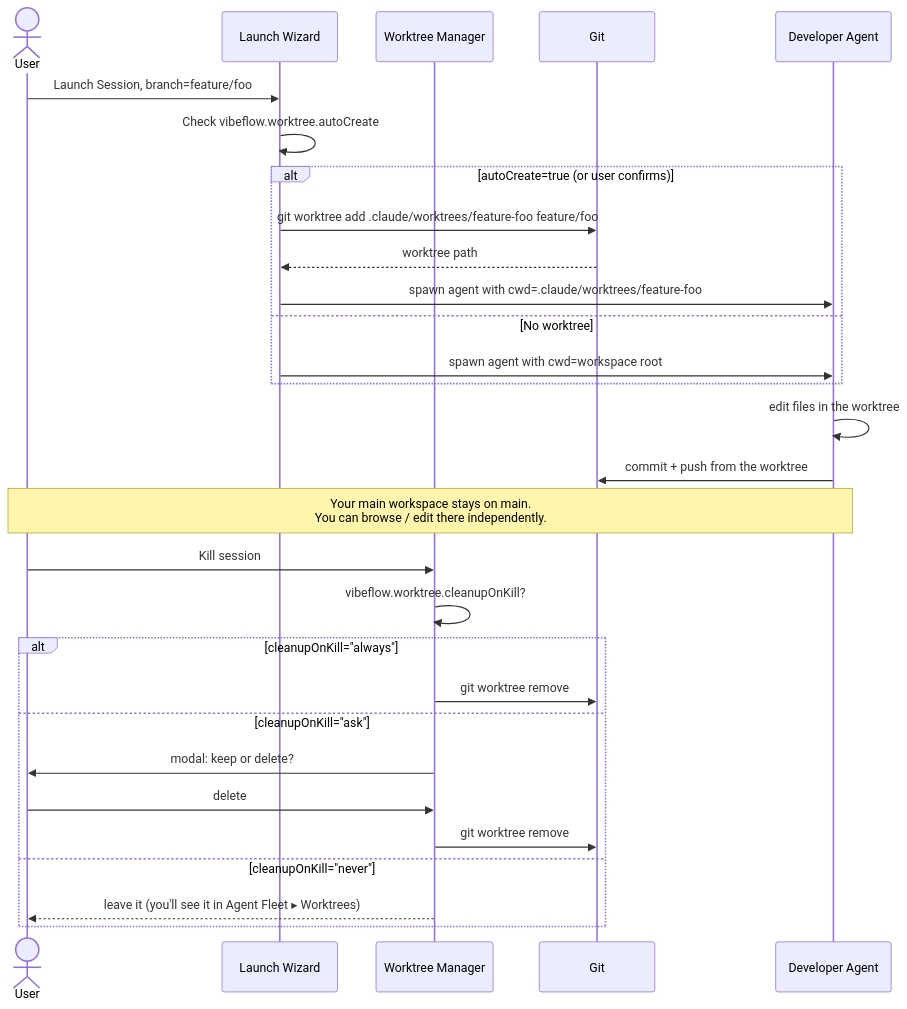
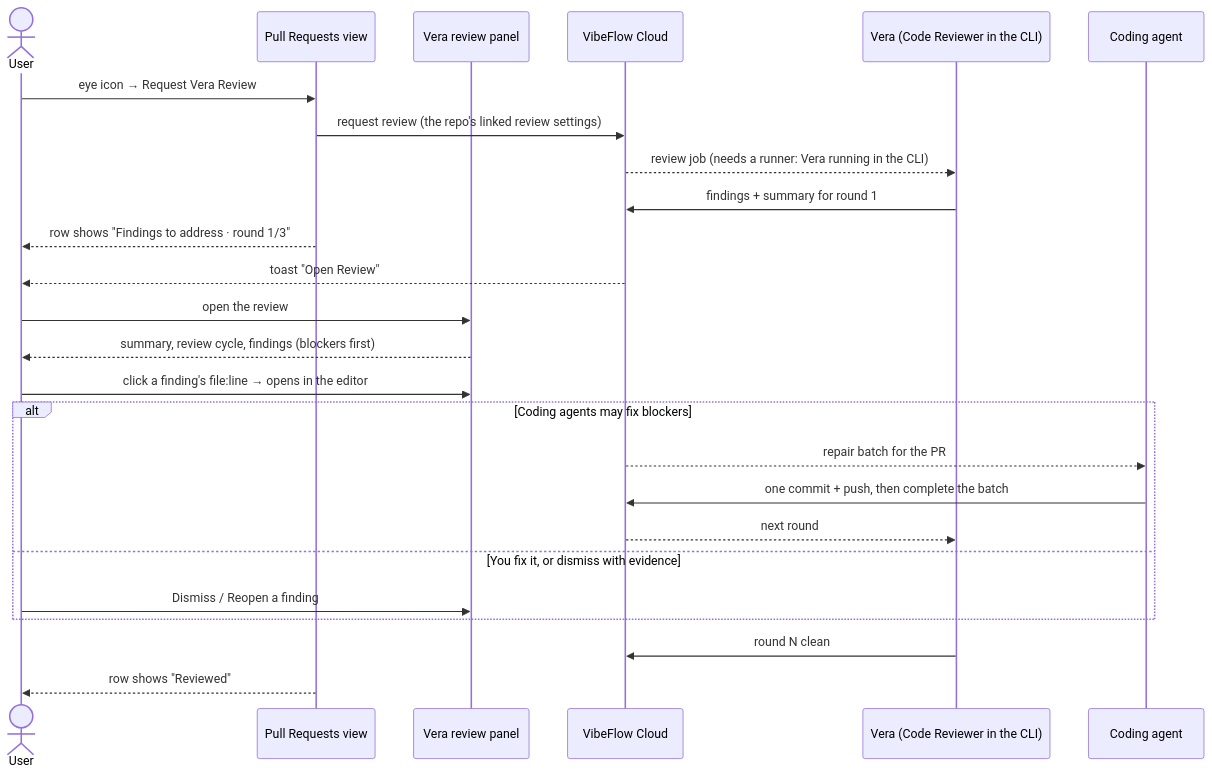
One commit to axiom-studio/vscode-vibeflow changed the sixth of 7 diagrams in docs/vscode-vibeflow/docs/workflows-and-flows.md. Above: the diagram before and after it, drawn with Mermaid. The commit also changed other lines of this file and 29 other files, not shown here.

````diff
--- a/docs/vscode-vibeflow/docs/workflows-and-flows.md
+++ b/docs/vscode-vibeflow/docs/workflows-and-flows.md
@@ -260,33 +215,28 @@
 ```mermaid
 sequenceDiagram
     actor User
-    participant Wiz as Launch Wizard
-    participant WT as Worktree Manager
-    participant Git
-    participant Dev as Developer Agent
+    participant PRs as Pull Requests view
+    participant Panel as Vera review panel
+    participant Server as VibeFlow Cloud
+    participant Vera as Vera (Code Reviewer in the CLI)
+    participant Dev as Coding agent
 
-    User->>Wiz: Launch Session, branch=feature/foo
-    Wiz->>Wiz: Check vibeflow.worktree.autoCreate
-    alt autoCreate=true (or user confirms)
-        Wiz->>Git: git worktree add .claude/worktrees/feature-foo feature/foo
-        Git-->>Wiz: worktree path
-        Wiz->>Dev: spawn agent with cwd=.claude/worktrees/feature-foo
-    else No worktree
-        Wiz->>Dev: spawn agent with cwd=workspace root
+    User->>PRs: eye icon → Request Vera Review
+    PRs->>Server: request review (the repo's linked review settings)
+    Server-->>Vera: review job (needs a runner: Vera running in the CLI)
+    Vera->>Server: findings + summary for round 1
+    PRs-->>User: row shows "Findings to address · round 1/3"
+    Server-->>User: toast "Open Review"
+    User->>Panel: open the review
+    Panel-->>User: summary, review cycle, findings (blockers first)
+    User->>Panel: click a finding's file:line → opens in the editor
+    alt Coding agents may fix blockers
+        Server-->>Dev: repair batch for the PR
+        Dev->>Server: one commit + push, then complete the batch
+        Server-->>Vera: next round
+    else You fix it, or dismiss with evidence
+        User->>Panel: Dismiss / Reopen a finding
     end
-    Dev->>Dev: edit files in the worktree
-    Dev->>Git: commit + push from the worktree
-    Note over User,Dev: Your main workspace stays on main.<br/>You can browse / edit there independently.
-
-    User->>WT: Kill session
-    WT->>WT: vibeflow.worktree.cleanupOnKill?
-    alt cleanupOnKill="always"
-        WT->>Git: git worktree remove
-    else cleanupOnKill="ask"
-        WT->>User: modal: keep or delete?
-        User->>WT: delete
-        WT->>Git: git worktree remove
-    else cleanupOnKill="never"
-        WT-->>User: leave it (you'll see it in Agent Fleet ▸ Worktrees)
-    end
+    Vera->>Server: round N clean
+    PRs-->>User: row shows "Reviewed"
 ```
````
